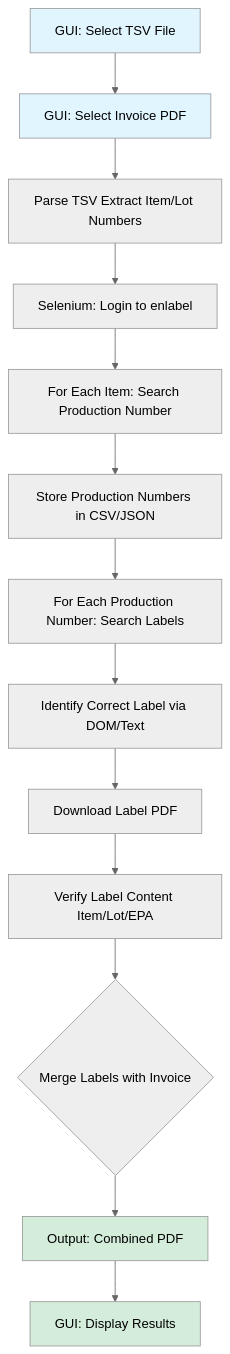
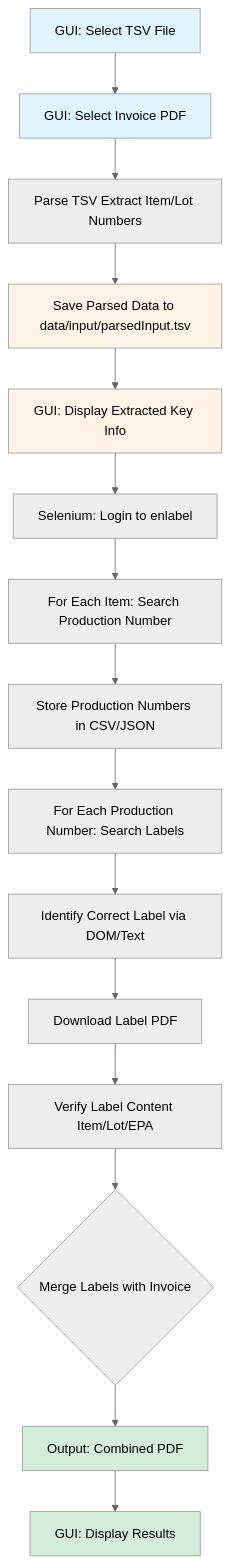
One commit to marius-grigaliunas/fifra-automation-cytiva changed the diagram in README.md. Above: the diagram before and after it, drawn with Mermaid (neutral theme). The commit also changed other lines of this file and 12 other files, not shown here.

````diff
--- a/README.md
+++ b/README.md
@@ -9,20 +6,24 @@
 ```mermaid
 flowchart TD
     A[GUI: Select TSV File] --> B[GUI: Select Invoice PDF]
     B --> C[Parse TSV Extract Item/Lot Numbers]
-    C --> D[Selenium: Login to enlabel]
-    D --> E[For Each Item: Search Production Number]
-    E --> F[Store Production Numbers in CSV/JSON]
-    F --> G[For Each Production Number: Search Labels]
-    G --> H[Identify Correct Label via DOM/Text]
-    H --> I[Download Label PDF]
-    I --> J[Verify Label Content Item/Lot/EPA]
-    J --> K{Merge Labels with Invoice}
-    K --> L[Output: Combined PDF]
-    L --> M[GUI: Display Results]
+    C --> D[Save Parsed Data to data/input/parsedInput.tsv]
+    D --> E[GUI: Display Extracted Key Info]
+    E --> F[Selenium: Login to enlabel]
+    F --> G[For Each Item: Search Production Number]
+    G --> H[Store Production Numbers in CSV/JSON]
+    H --> I[For Each Production Number: Search Labels]
+    I --> J[Identify Correct Label via DOM/Text]
+    J --> K[Download Label PDF]
+    K --> L[Verify Label Content Item/Lot/EPA]
+    L --> M{Merge Labels with Invoice}
+    M --> N[Output: Combined PDF]
+    N --> O[GUI: Display Results]
     
     style A fill:#e1f5ff
     style B fill:#e1f5ff
-    style L fill:#d4edda
-    style M fill:#d4edda
+    style D fill:#fff4e6
+    style E fill:#fff4e6
+    style N fill:#d4edda
+    style O fill:#d4edda
 ```
````
